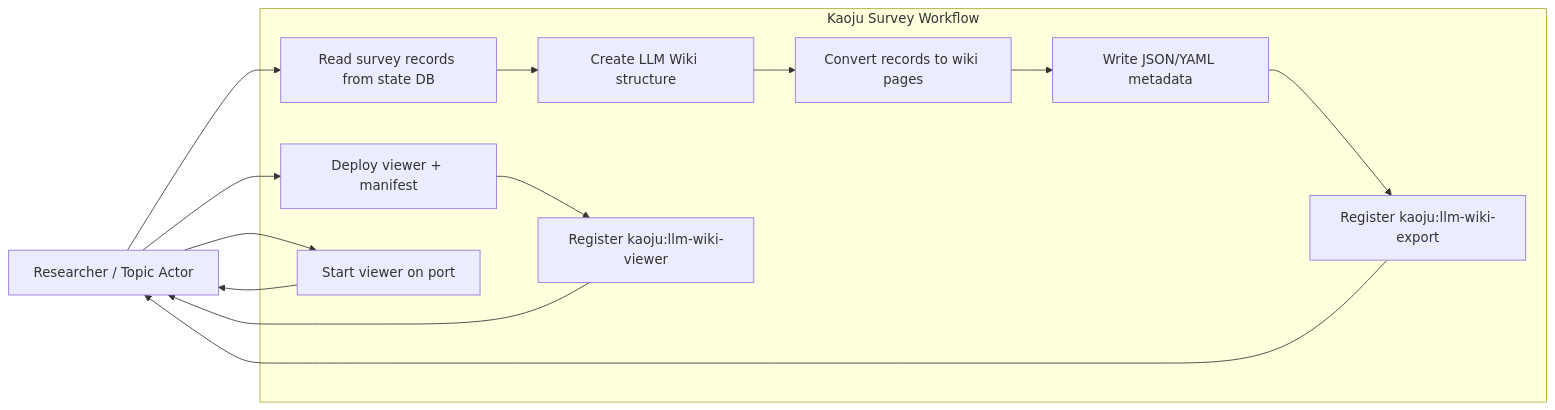
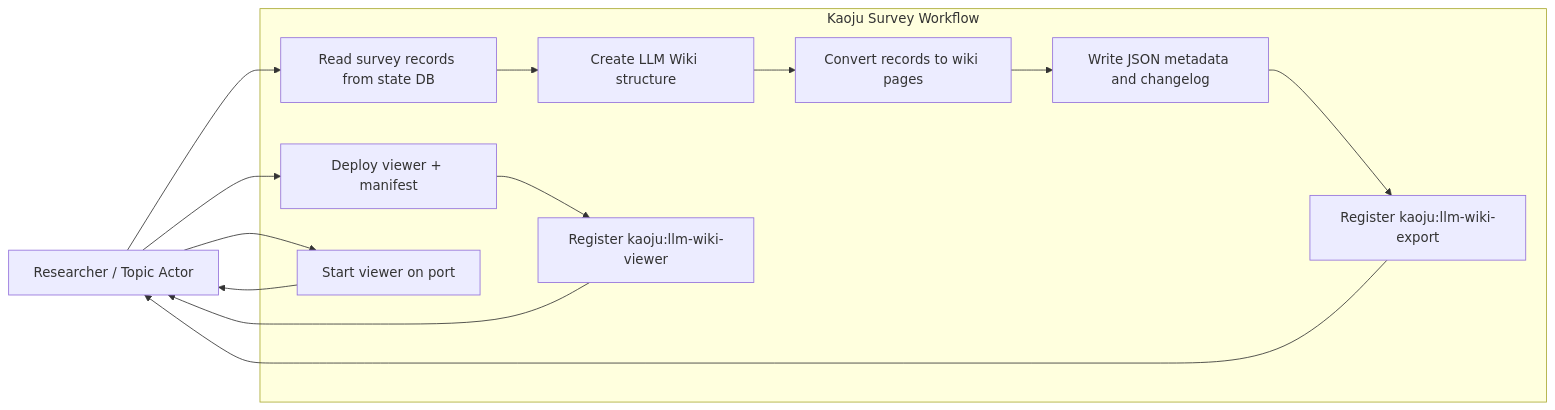
One commit to CodeGandee/isomer-labs changed the first of 2 diagrams in context/features/2026-07-14-kaoju-survey-process-usecases/usecases/uc-07-export-survey-records-to-llm-wiki-and-deploy-viewer.md. Above: the diagram before and after it, drawn with Mermaid. The commit also changed other lines of this file and 24 other files, not shown here.

````diff
--- a/context/features/2026-07-14-kaoju-survey-process-usecases/usecases/uc-07-export-survey-records-to-llm-wiki-and-deploy-viewer.md
+++ b/context/features/2026-07-14-kaoju-survey-process-usecases/usecases/uc-07-export-survey-records-to-llm-wiki-and-deploy-viewer.md
@@ -84,27 +84,27 @@
 ```mermaid
 flowchart LR
   Actor[Researcher / Topic Actor]
 
   subgraph System[Kaoju Survey Workflow]
     ReadRecords[Read survey records from state DB]
     CreateWiki[Create LLM Wiki structure]
     Convert[Convert records to wiki pages]
-    WriteMeta[Write JSON/YAML metadata]
+    WriteMeta[Write JSON metadata and changelog]
     RegisterExport[Register kaoju:llm-wiki-export]
     DeployViewer[Deploy viewer + manifest]
     RegisterViewer[Register kaoju:llm-wiki-viewer]
     StartViewer[Start viewer on port]
   end
 
   Actor --> ReadRecords
   ReadRecords --> CreateWiki
   CreateWiki --> Convert
   Convert --> WriteMeta
   WriteMeta --> RegisterExport
   RegisterExport --> Actor
   Actor --> DeployViewer
   DeployViewer --> RegisterViewer
   RegisterViewer --> Actor
   Actor --> StartViewer
   StartViewer --> Actor
 ```
````
